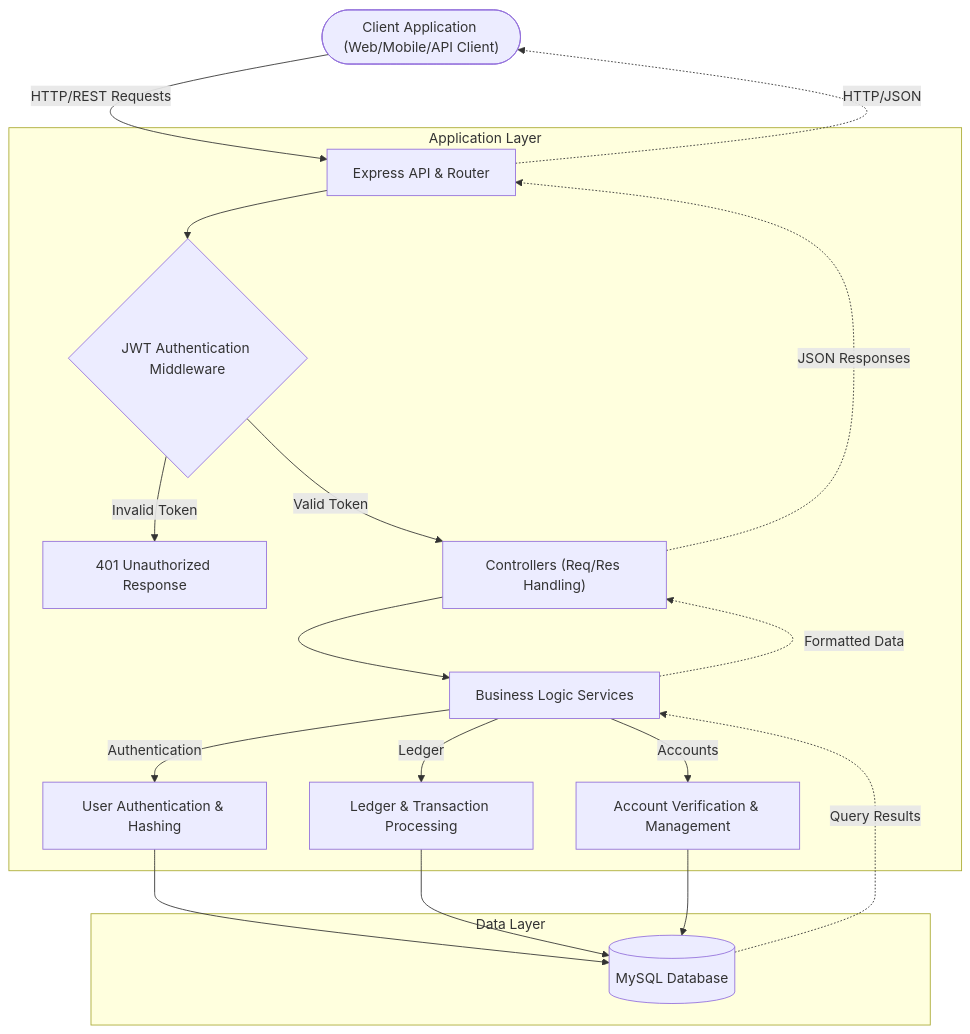
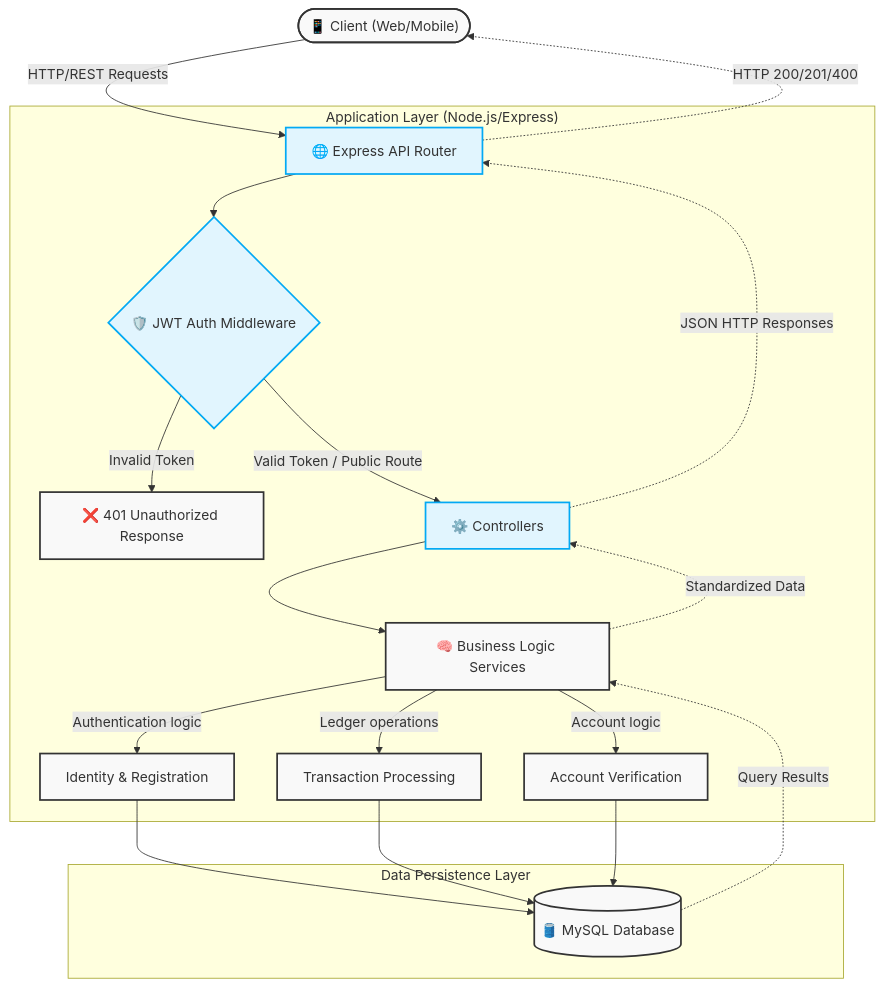
One commit to Aj4y-Dev/SmartBank changed the diagram in README.md. Above: the diagram before and after it, drawn with Mermaid. The commit also changed other lines of this file, not shown here.

````diff
--- a/README.md
+++ b/README.md
@@ -13,27 +40,31 @@
 ```mermaid
 graph TD
-    Client(["Client Application (Web/Mobile/API Client)"]) -- "HTTP/REST Requests" --> Gateway["Express API & Router"]
+    Client(["📱 Client (Web/Mobile)"]) -- "HTTP/REST Requests" --> Gateway["🌐 Express API Router"]
     
-    subgraph "Application Layer"
-        Gateway --> AuthMiddleware{"JWT Authentication Middleware"}
-        AuthMiddleware -- "Invalid Token" --> Unauthorized["401 Unauthorized Response"]
-        AuthMiddleware -- "Valid Token" --> Controllers["Controllers (Req/Res Handling)"]
+    subgraph "Application Layer (Node.js/Express)"
+        Gateway --> AuthMiddleware{"🛡️ JWT Auth Middleware"}
+        AuthMiddleware -- "Invalid Token" --> Unauthorized["❌ 401 Unauthorized Response"]
+        AuthMiddleware -- "Valid Token / Public Route" --> Controllers["⚙️ Controllers"]
         
-        Controllers --> Services["Business Logic Services"]
+        Controllers --> Services["🧠 Business Logic Services"]
         
-        Services -- "Authentication" --> UserAuth["User Authentication & Hashing"]
-        Services -- "Ledger" --> Ledger["Ledger & Transaction Processing"]
-        Services -- "Accounts" --> AccountManagement["Account Verification & Management"]
+        Services -- "Authentication logic" --> UserAuth["Identity & Registration"]
+        Services -- "Ledger operations" --> Ledger["Transaction Processing"]
+        Services -- "Account logic" --> AccountManagement["Account Verification"]
     end
     
-    subgraph "Data Layer"
-        UserAuth --> DB[("MySQL Database")]
+    subgraph "Data Persistence Layer"
+        UserAuth --> DB[("🛢️ MySQL Database")]
         Ledger --> DB
         AccountManagement --> DB
     end
     
     DB -. "Query Results" .-> Services
-    Services -. "Formatted Data" .-> Controllers
-    Controllers -. "JSON Responses" .-> Gateway
-    Gateway -. "HTTP/JSON" .-> Client
+    Services -. "Standardized Data" .-> Controllers
+    Controllers -. "JSON HTTP Responses" .-> Gateway
+    Gateway -. "HTTP 200/201/400" .-> Client
+
+    classDef default fill:#f9f9f9,stroke:#333,stroke-width:2px;
+    classDef highlight fill:#e1f5fe,stroke:#03a9f4,stroke-width:2px;
+    class Gateway,AuthMiddleware,Controllers highlight;
 ```
````
